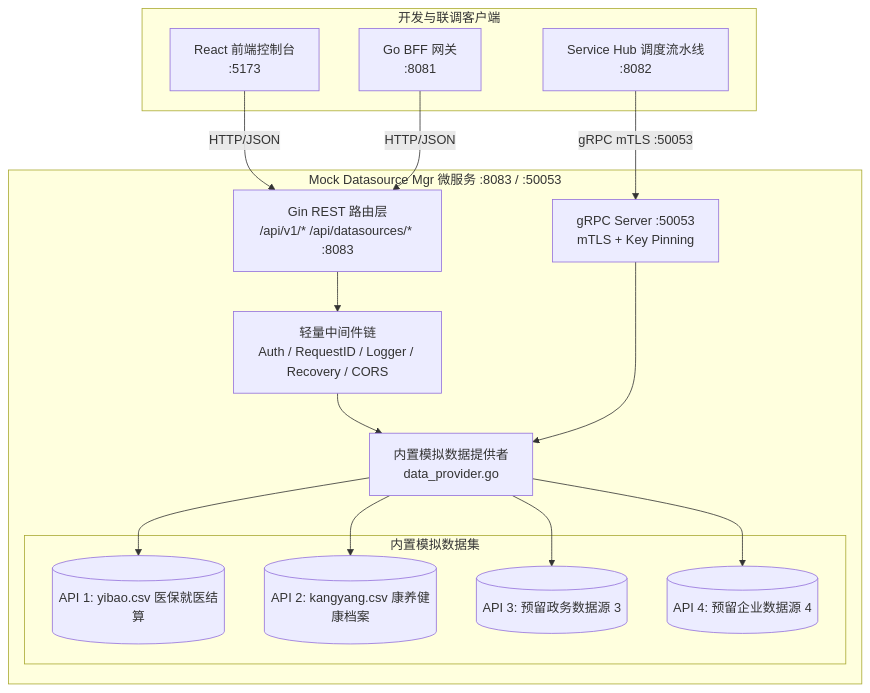
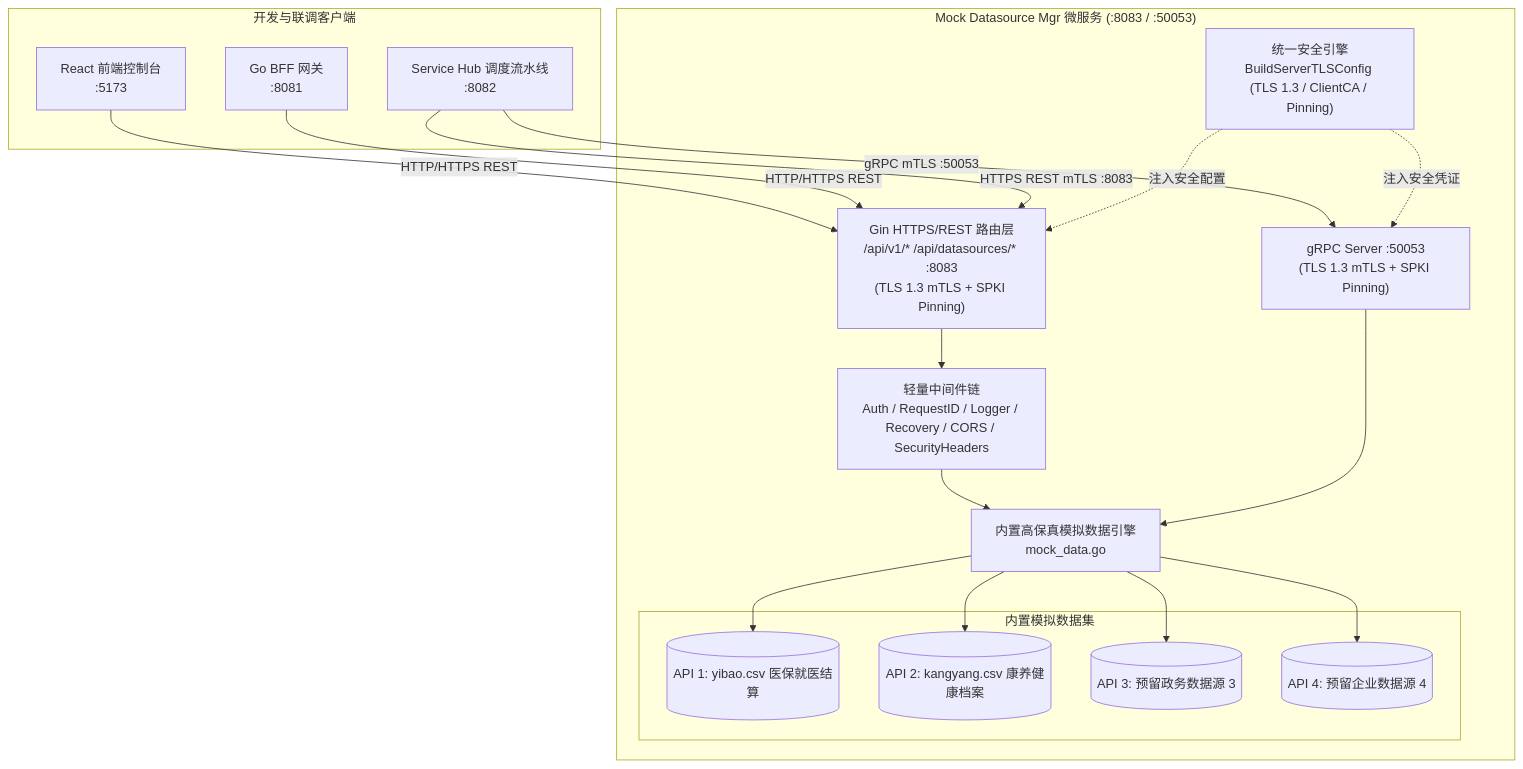
One commit to fengzhizi319/PrivShield changed the diagram in services/datasource-mgr/docs/design.md. Above: the diagram before and after it, drawn with Mermaid. The commit also changed other lines of this file and 3 other files, not shown here.

First line of the commit message:
docs(datasource-mgr): update design, api, prd, and testing specifications

````diff
--- a/services/datasource-mgr/docs/design.md
+++ b/services/datasource-mgr/docs/design.md
@@ -24,36 +24,41 @@
 ```mermaid
 graph TD
     subgraph Clients [开发与联调客户端]
         WebConsole[React 前端控制台<br/>:5173]
         GatewayBFF[Go BFF 网关<br/>:8081]
         ServiceHub[Service Hub 调度流水线<br/>:8082]
     end
 
-    subgraph MockDatasourceMgr [Mock Datasource Mgr 微服务 :8083 / :50053]
-        HTTPRouter[Gin REST 路由层<br/>/api/v1/* /api/datasources/* :8083]
-        GRPCRouter[gRPC Server :50053<br/>mTLS + Key Pinning]
-        MiddlewareStack[轻量中间件链<br/>Auth / RequestID / Logger / Recovery / CORS]
+    subgraph MockDatasourceMgr ["Mock Datasource Mgr 微服务 (:8083 / :50053)"]
+        HTTPRouter["Gin HTTPS/REST 路由层<br/>/api/v1/* /api/datasources/* :8083<br/>(TLS 1.3 mTLS + SPKI Pinning)"]
+        GRPCRouter["gRPC Server :50053<br/>(TLS 1.3 mTLS + SPKI Pinning)"]
+        TLSConfig["统一安全引擎<br/>BuildServerTLSConfig (TLS 1.3 / ClientCA / Pinning)"]
+        MiddlewareStack[轻量中间件链<br/>Auth / RequestID / Logger / Recovery / CORS / SecurityHeaders]
 
-        MockDataProvider[内置模拟数据提供者<br/>data_provider.go]
+        MockDataProvider[内置高保真模拟数据引擎<br/>mock_data.go]
 
         subgraph EmbeddedDatasets [内置模拟数据集]
             DS1[(API 1: yibao.csv 医保就医结算)]
             DS2[(API 2: kangyang.csv 康养健康档案)]
             DS3[(API 3: 预留政务数据源 3)]
             DS4[(API 4: 预留企业数据源 4)]
         end
     end
 
-    WebConsole -->|HTTP/JSON| HTTPRouter
-    GatewayBFF -->|HTTP/JSON| HTTPRouter
+    WebConsole -->|HTTP/HTTPS REST| HTTPRouter
+    GatewayBFF -->|HTTP/HTTPS REST| HTTPRouter
+    ServiceHub -->|HTTPS REST mTLS :8083| HTTPRouter
     ServiceHub -->|gRPC mTLS :50053| GRPCRouter
+
+    TLSConfig -.->|注入安全配置| HTTPRouter
+    TLSConfig -.->|注入安全凭证| GRPCRouter
 
     HTTPRouter --> MiddlewareStack
     MiddlewareStack --> MockDataProvider
     GRPCRouter --> MockDataProvider
 
     MockDataProvider --> DS1
     MockDataProvider --> DS2
     MockDataProvider --> DS3
     MockDataProvider --> DS4
 ```
````
